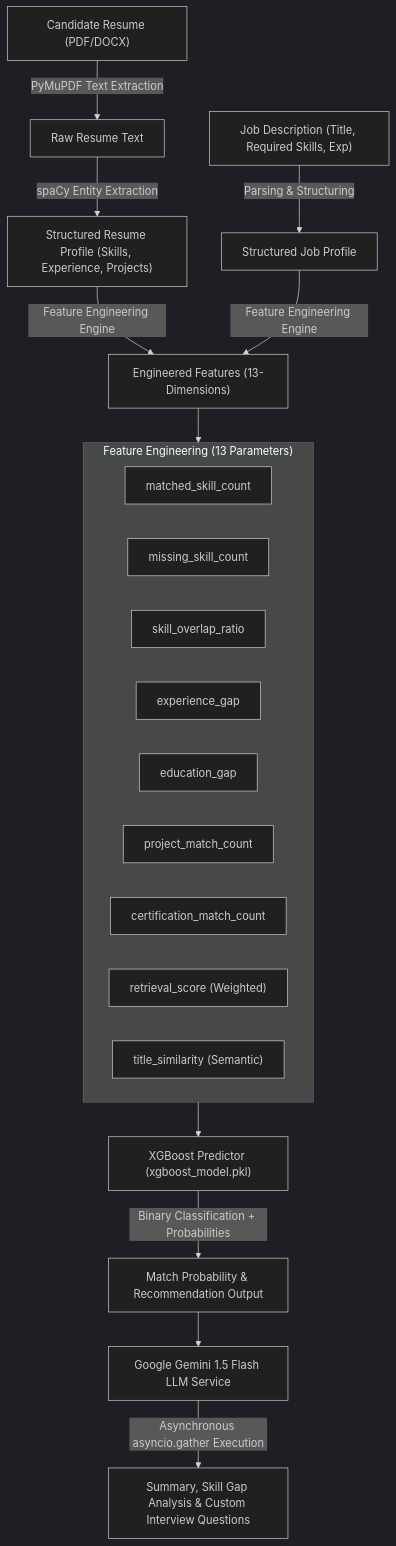
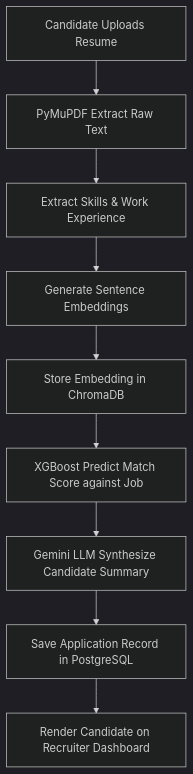
Before and after one commit to mansi-wagh/RecruitIQ: the third of 5 diagrams in README.md, drawn with Mermaid (dark theme). The commit also changed other lines of this file, not shown here.

````diff
--- a/README.md
+++ b/README.md
@@ -130,26 +150,11 @@
 ```mermaid
 flowchart TD
-    A["Candidate Resume (PDF/DOCX)"] -->|PyMuPDF Text Extraction| B["Raw Resume Text"]
-    B -->|spaCy Entity Extraction| C["Structured Resume Profile (Skills, Experience, Projects)"]
-    Job["Job Description (Title, Required Skills, Exp)"] -->|Parsing & Structuring| D["Structured Job Profile"]
-    C & D -->|Feature Engineering Engine| E["Engineered Features (13-Dimensions)"]
-    
-    subgraph Feature_Engineering ["Feature Engineering (13 Parameters)"]
-        E1["matched_skill_count"]
-        E2["missing_skill_count"]
-        E3["skill_overlap_ratio"]
-        E4["experience_gap"]
-        E5["education_gap"]
-        E6["project_match_count"]
-        E7["certification_match_count"]
-        E8["retrieval_score (Weighted)"]
-        E9["title_similarity (Semantic)"]
-    end
-    
-    E --> Feature_Engineering
-    Feature_Engineering --> F["XGBoost Predictor (xgboost_model.pkl)"]
-    F -->|Binary Classification + Probabilities| G["Match Probability & Recommendation Output"]
-    
-    G --> H["Google Gemini 1.5 Flash LLM Service"]
-    H -->|Asynchronous asyncio.gather Execution| I["Summary, Skill Gap Analysis & Custom Interview Questions"]
+    A["Candidate Uploads Resume"] --> B["PyMuPDF Extract Raw Text"]
+    B --> C["Extract Skills & Work Experience"]
+    C --> D["Generate Sentence Embeddings"]
+    D --> E["Store Embedding in ChromaDB"]
+    E --> F["XGBoost Predict Match Score against Job"]
+    F --> G["Gemini LLM Synthesize Candidate Summary"]
+    G --> H["Save Application Record in PostgreSQL"]
+    H --> I["Render Candidate on Recruiter Dashboard"]
 ```
````
